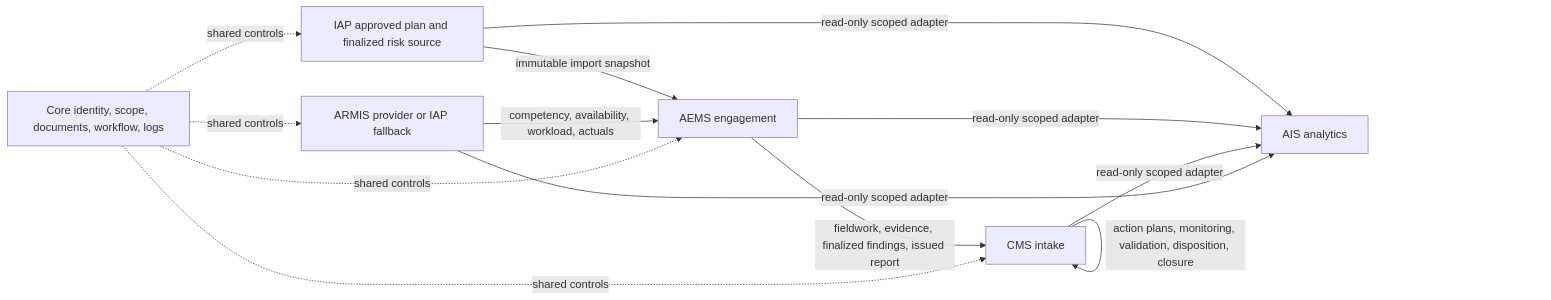
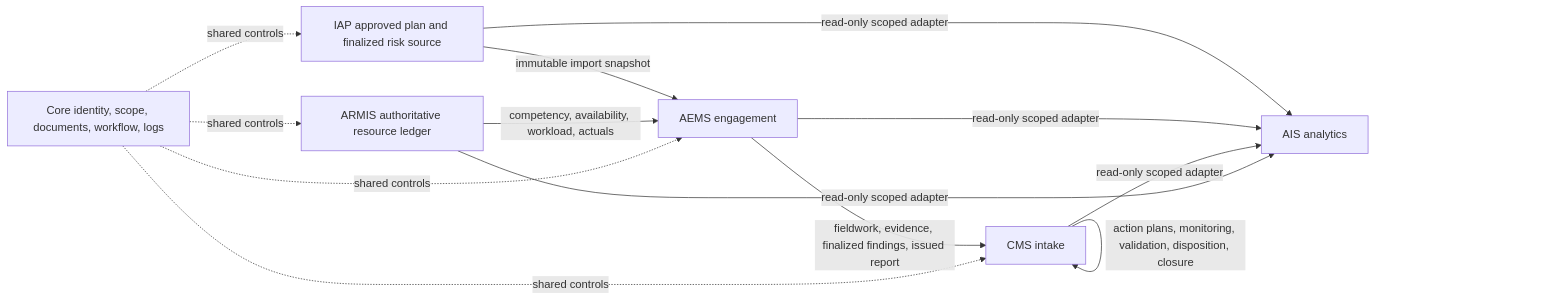
One commit to kgdacalosciascdo/agis-wireframe changed the first of 22 diagrams in docs/SYSTEM_FLOW.md. Above: the diagram before and after it, drawn with Mermaid. The commit also changed other lines of this file and 123 other files, not shown here.

````diff
--- a/docs/SYSTEM_FLOW.md
+++ b/docs/SYSTEM_FLOW.md
@@ -27,15 +27,15 @@
 ```mermaid
 flowchart LR
     IAP[IAP approved plan and finalized risk source] -->|immutable import snapshot| AEMS[AEMS engagement]
-    ARMIS[ARMIS provider or IAP fallback] -->|competency, availability, workload, actuals| AEMS
+    ARMIS[ARMIS authoritative resource ledger] -->|competency, availability, workload, actuals| AEMS
     AEMS -->|fieldwork, evidence, finalized findings, issued report| CMS[CMS intake]
     CMS -->|action plans, monitoring, validation, disposition, closure| CMS
     CORE[Core identity, scope, documents, workflow, logs] -.shared controls.-> IAP
     CORE -.shared controls.-> AEMS
     CORE -.shared controls.-> CMS
     CORE -.shared controls.-> ARMIS
     IAP -->|read-only scoped adapter| AIS[AIS analytics]
     AEMS -->|read-only scoped adapter| AIS
     CMS -->|read-only scoped adapter| AIS
     ARMIS -->|read-only scoped adapter| AIS
 ```
````
